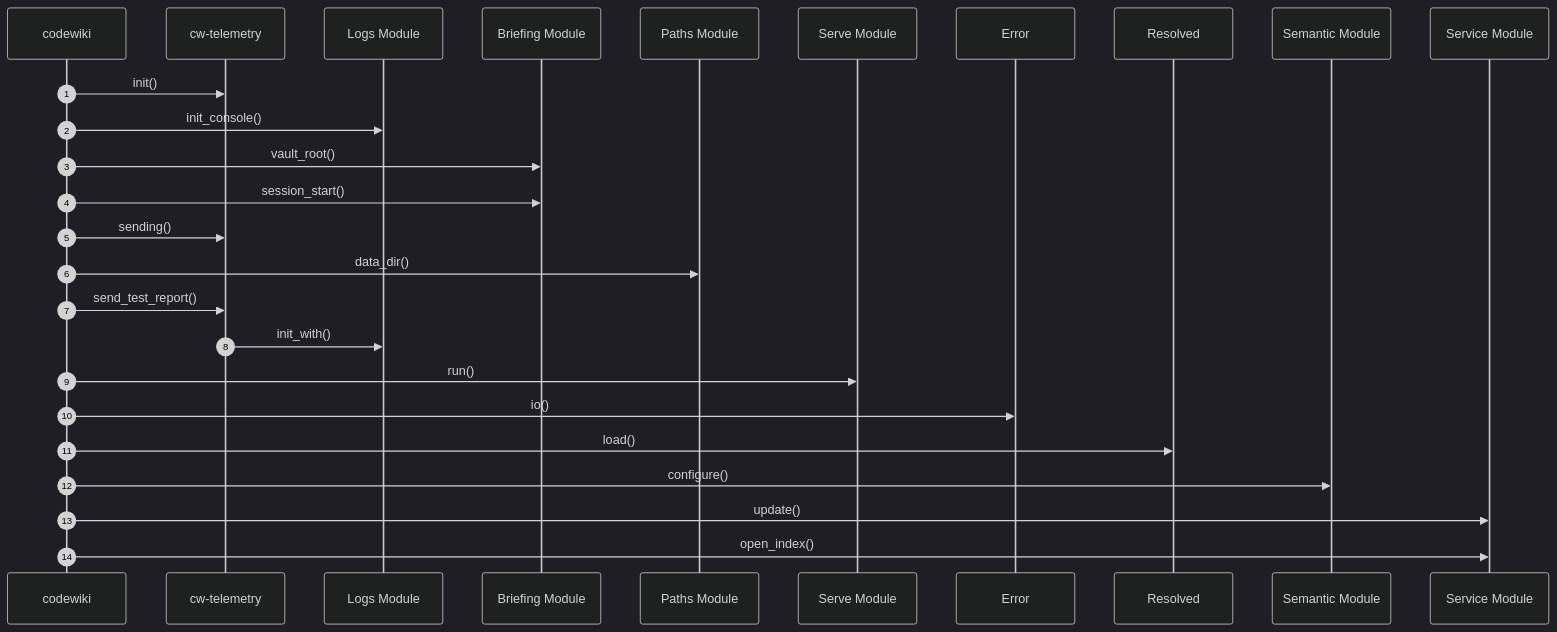
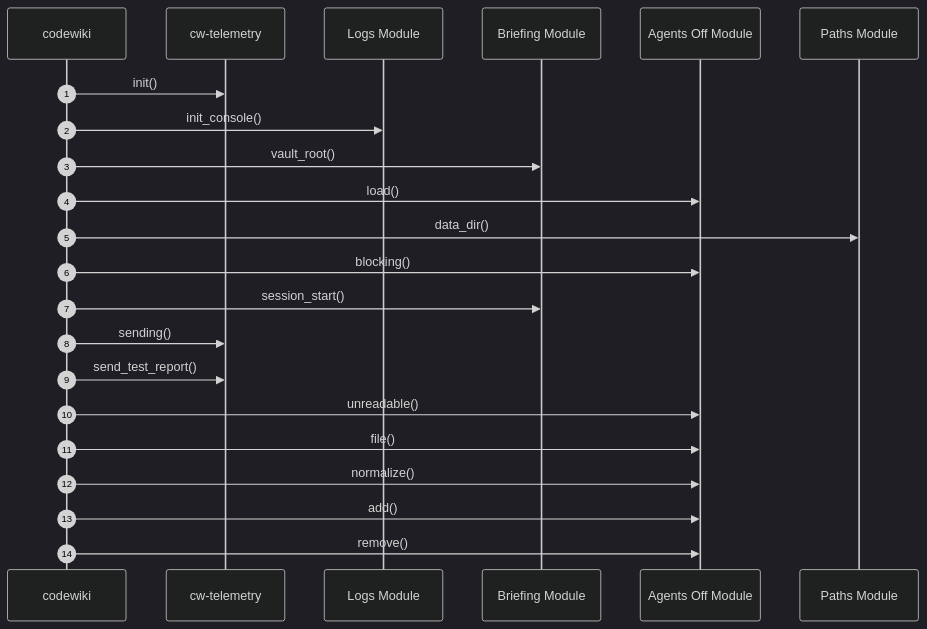
One commit to Fly-onlyone/CodeWiki changed the diagram in obsidian/00-Architecture/codewiki Startup Flow.md. Above: the diagram before and after it, drawn with Mermaid (dark theme). The commit also changed other lines of this file and 41 other files, not shown here.

````diff
--- a/obsidian/00-Architecture/codewiki Startup Flow.md
+++ b/obsidian/00-Architecture/codewiki Startup Flow.md
@@ -15,28 +15,24 @@
 ```mermaid
 sequenceDiagram
     autonumber
     participant p0 as codewiki
     participant p1 as cw-telemetry
     participant p2 as Logs Module
     participant p3 as Briefing Module
-    participant p4 as Paths Module
-    participant p5 as Serve Module
-    participant p6 as Error
-    participant p7 as Resolved
-    participant p8 as Semantic Module
-    participant p9 as Service Module
+    participant p4 as Agents Off Module
+    participant p5 as Paths Module
     p0->>p1: init()
     p0->>p2: init_console()
     p0->>p3: vault_root()
+    p0->>p4: load()
+    p0->>p5: data_dir()
+    p0->>p4: blocking()
     p0->>p3: session_start()
     p0->>p1: sending()
-    p0->>p4: data_dir()
     p0->>p1: send_test_report()
-    p1->>p2: init_with()
-    p0->>p5: run()
-    p0->>p6: io()
-    p0->>p7: load()
-    p0->>p8: configure()
-    p0->>p9: update()
-    p0->>p9: open_index()
+    p0->>p4: unreadable()
+    p0->>p4: file()
+    p0->>p4: normalize()
+    p0->>p4: add()
+    p0->>p4: remove()
 ```
````
